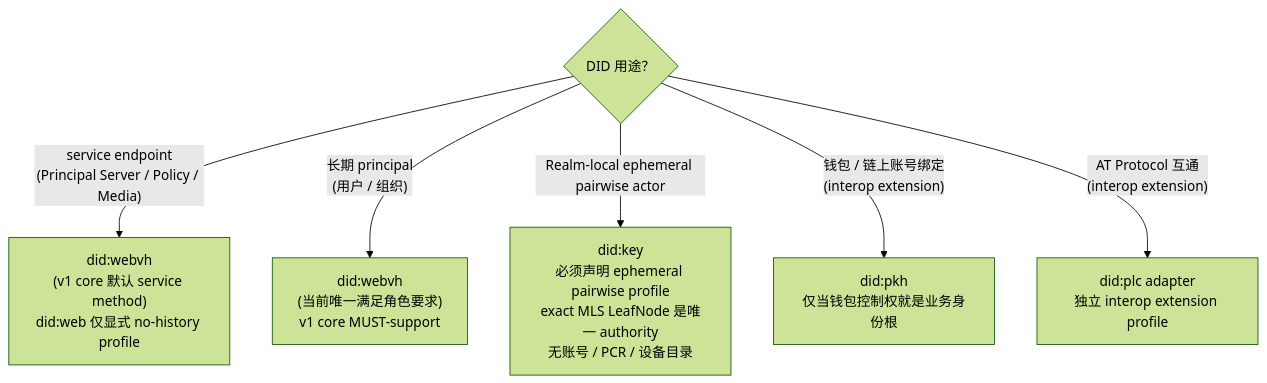
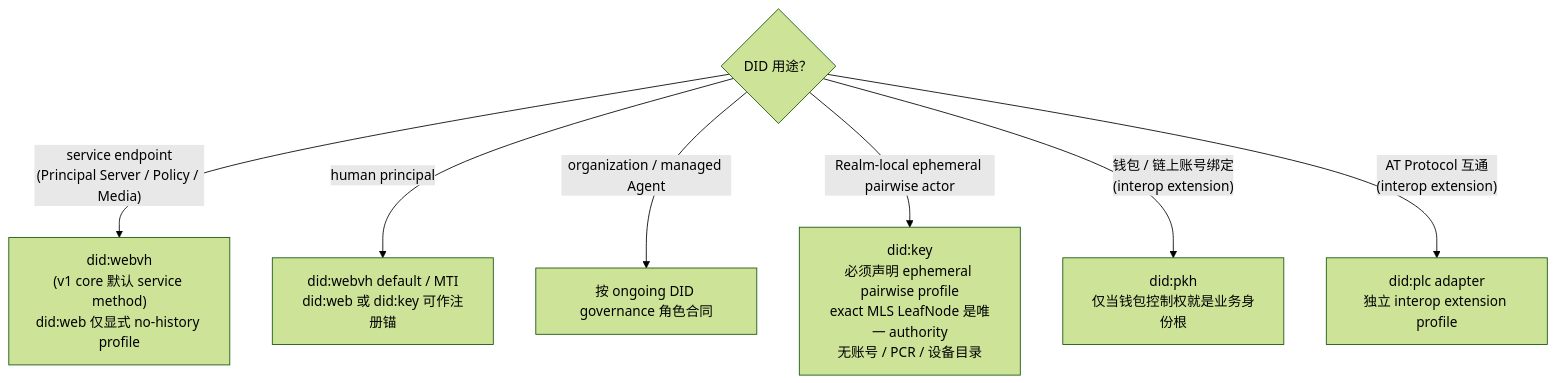
One commit to arkret-org/arkret-spec changed the diagram in spec/v1/zh/identity/identity-did.md. Above: the diagram before and after it, drawn with Mermaid (forest theme). The commit also changed other lines of this file and 60 other files, not shown here.

````diff
--- a/spec/v1/zh/identity/identity-did.md
+++ b/spec/v1/zh/identity/identity-did.md
@@ -163,15 +159,17 @@
 ```mermaid
 flowchart TB
     Q1{"DID 用途？"}
 
     Q1 -- "service endpoint<br/>(Principal Server / Policy / Media)" --> SVC["did:webvh<br/>(v1 core 默认 service method)<br/>did:web 仅显式 no-history profile"]
 
-    Q1 -- "长期 principal<br/>(用户 / 组织)" --> PRINCIPAL["did:webvh<br/>(当前唯一满足角色要求)<br/>v1 core MUST-support"]
+    Q1 -- "human principal" --> PRINCIPAL["did:webvh default / MTI<br/>did:web 或 did:key 可作注册锚"]
+
+    Q1 -- "organization / managed Agent" --> GOVERNED["按 ongoing DID governance 角色合同"]
 
     Q1 -- "Realm-local ephemeral pairwise actor" --> KEY["did:key<br/>必须声明 ephemeral pairwise profile<br/>exact MLS LeafNode 是唯一 authority<br/>无账号 / PCR / 设备目录"]
 
     Q1 -- "钱包 / 链上账号绑定<br/>(interop extension)" --> PKH["did:pkh<br/>仅当钱包控制权就是业务身份根"]
 
     Q1 -- "AT Protocol 互通<br/>(interop extension)" --> PLC["did:plc adapter<br/>独立 interop extension profile"]
 
 ```
````
